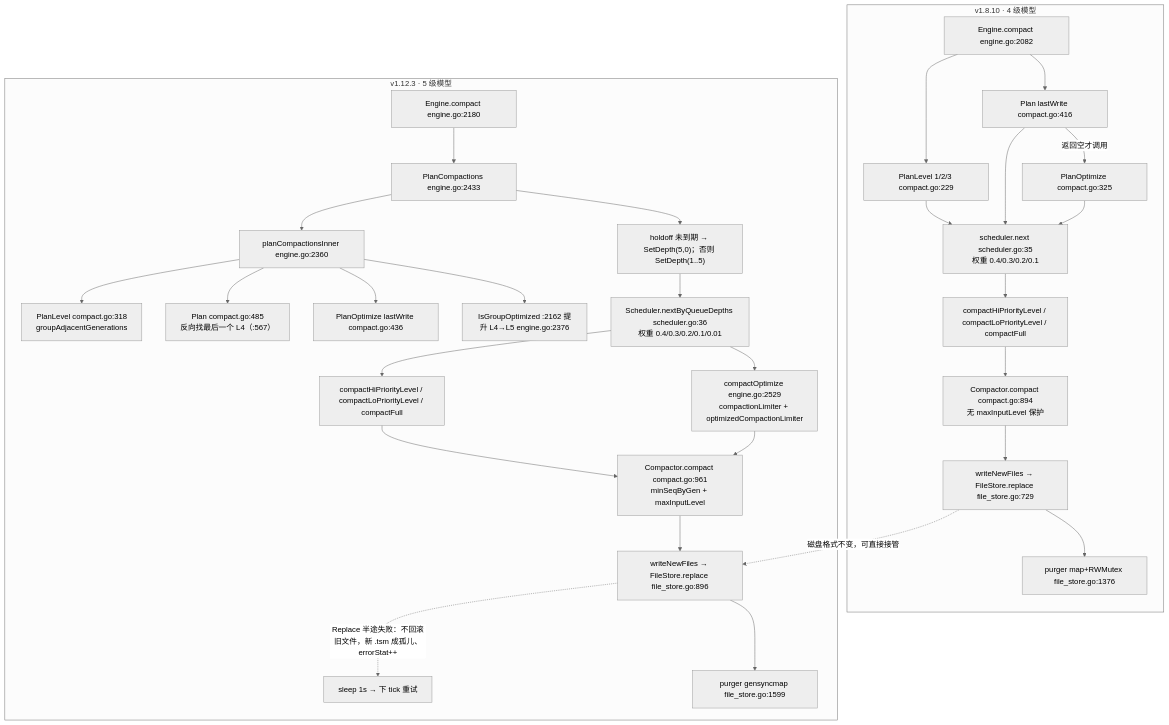
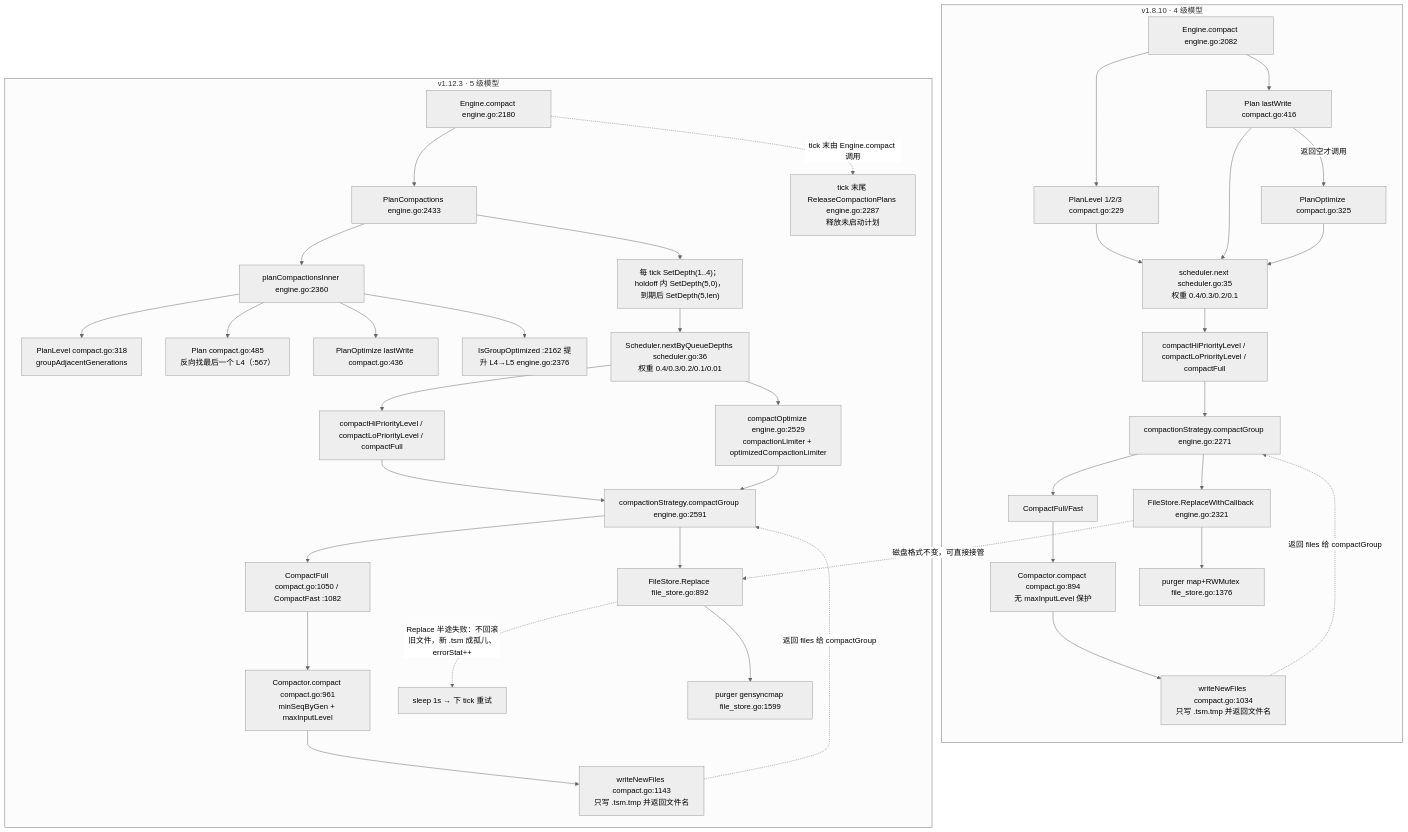
The first of 6 diagrams in docs/specs/v1.8.10-vs-v1.12.3/04_storage_compaction_diff.md (stefanv5/influxdb), drawn with Mermaid (neutral theme) before and after one commit. The commit also changed other lines of this file and 11 other files, not shown here.

First line of the commit message:
docs: complete D1-D6 diagram/module/case audit

````diff
--- a/docs/specs/v1.8.10-vs-v1.12.3/04_storage_compaction_diff.md
+++ b/docs/specs/v1.8.10-vs-v1.12.3/04_storage_compaction_diff.md
@@ -57,35 +59,45 @@
 ```mermaid
 flowchart TB
     subgraph OLD["v1.8.10 · 4 级模型"]
         O1["Engine.compact engine.go:2082"] --> O2["PlanLevel 1/2/3 compact.go:229"]
         O1 --> O3["Plan lastWrite compact.go:416"]
         O3 -->|"返回空才调用"| O4["PlanOptimize compact.go:325"]
         O2 --> O5["scheduler.next scheduler.go:35<br/>权重 0.4/0.3/0.2/0.1"]
         O3 --> O5
         O4 --> O5
         O5 --> O6["compactHiPriorityLevel / compactLoPriorityLevel / compactFull"]
-        O6 --> O7["Compactor.compact compact.go:894<br/>无 maxInputLevel 保护"]
-        O7 --> O8["writeNewFiles → FileStore.replace file_store.go:729"]
+        O6 --> O7c["compactionStrategy.compactGroup engine.go:2271"]
+        O7c --> O7d["CompactFull/Fast"]
+        O7d --> O7["Compactor.compact compact.go:894<br/>无 maxInputLevel 保护"]
+        O7 --> O7b["writeNewFiles compact.go:1034<br/>只写 .tsm.tmp 并返回文件名"]
+        O7b -. "返回 files 给 compactGroup" .-> O7c
+        O7c --> O8["FileStore.ReplaceWithCallback engine.go:2321"]
         O8 --> O9["purger map+RWMutex file_store.go:1376"]
     end
 
     subgraph NEW["v1.12.3 · 5 级模型"]
         N1["Engine.compact engine.go:2180"] --> N2["PlanCompactions engine.go:2433"]
         N2 --> N3["planCompactionsInner engine.go:2360"]
         N3 --> N4["PlanLevel compact.go:318<br/>groupAdjacentGenerations"]
         N3 --> N5["Plan compact.go:485<br/>反向找最后一个 L4（:567）"]
         N3 --> N6["PlanOptimize lastWrite compact.go:436"]
         N3 --> N7["IsGroupOptimized :2162 提升 L4→L5 engine.go:2376"]
-        N2 --> N2b["holdoff 未到期 → SetDepth(5,0)；否则 SetDepth(1..5)"]
+        N2 --> N2b["每 tick SetDepth(1..4)；holdoff 内 SetDepth(5,0)，到期后 SetDepth(5,len)"]
         N2b --> N8["Scheduler.nextByQueueDepths scheduler.go:36<br/>权重 0.4/0.3/0.2/0.1/0.01"]
         N8 --> N9["compactHiPriorityLevel / compactLoPriorityLevel / compactFull"]
         N8 --> N10["compactOptimize engine.go:2529<br/>compactionLimiter + optimizedCompactionLimiter"]
-        N9 --> N11["Compactor.compact compact.go:961<br/>minSeqByGen + maxInputLevel"]
-        N10 --> N11
-        N11 --> N12["writeNewFiles → FileStore.replace file_store.go:896"]
+        N9 --> N11c["compactionStrategy.compactGroup engine.go:2591"]
+        N10 --> N11c
+        N11c --> N11d["CompactFull compact.go:1050 / CompactFast :1082"]
+        N11d --> N11["Compactor.compact compact.go:961<br/>minSeqByGen + maxInputLevel"]
+        N11 --> N11b["writeNewFiles compact.go:1143<br/>只写 .tsm.tmp 并返回文件名"]
+        N11b -. "返回 files 给 compactGroup" .-> N11c
+        N11c --> N12["FileStore.Replace file_store.go:892"]
         N12 -. "Replace 半途失败：不回滚旧文件，新 .tsm 成孤儿、errorStat++" .-> N12b["sleep 1s → 下 tick 重试"]
         N12 --> N13["purger gensyncmap file_store.go:1599"]
+        N14["tick 末尾 ReleaseCompactionPlans engine.go:2287<br/>释放未启动计划"]
+        N1 -. "tick 末由 Engine.compact 调用" .-> N14
     end
 
     O8 -.->|"磁盘格式不变，可直接接管"| N12
 ```
````
